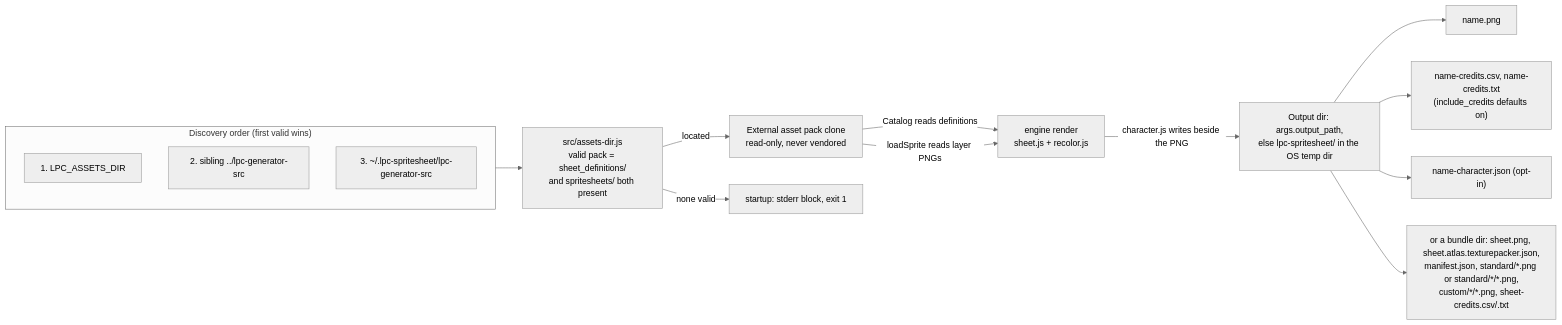
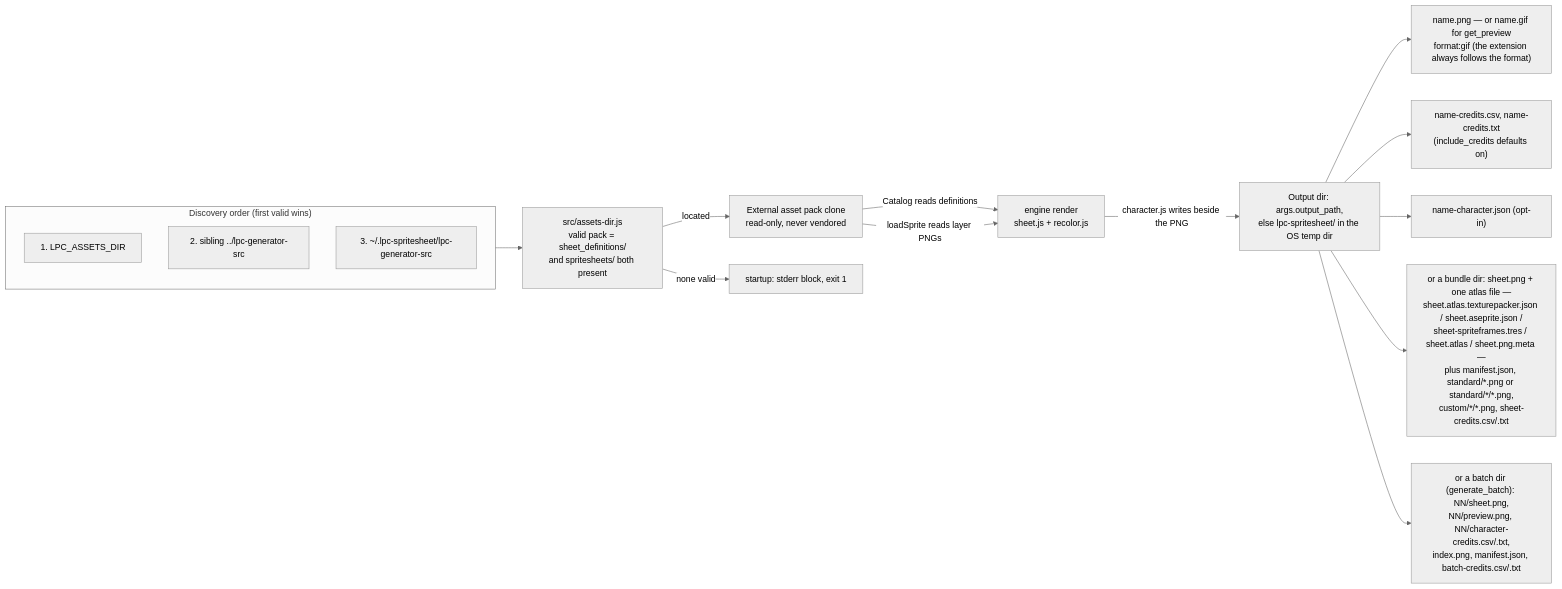
The third of 3 diagrams in docs/ARCHITECTURE.md (kanishka-namdeo/lpc-spritesheet-mcp), drawn with Mermaid before and after one commit. The commit also changed other lines of this file and 32 other files, not shown here.

````diff
--- a/docs/ARCHITECTURE.md
+++ b/docs/ARCHITECTURE.md
@@ -227,26 +307,27 @@
 ```mermaid
 %%{init: {"theme": "neutral"}}%%
 flowchart LR
   accTitle: Asset pack discovery and rendered artifacts
-  accDescr: Three candidate locations are ranked by assets-dir and the first one holding both sheet definitions and spritesheets wins, the engine reads that pack read-only, and each render writes a PNG plus attribution files beside it.
+  accDescr: Three candidate locations are ranked by assets-dir and the first one holding both sheet definitions and spritesheets wins, the engine reads that pack read-only, and each render writes a PNG (or GIF preview) plus attribution files beside it.
 
   subgraph CAND["Discovery order (first valid wins)"]
     E1["1. LPC_ASSETS_DIR"]
     E2["2. sibling ../lpc-generator-src"]
     E3["3. ~/.lpc-spritesheet/lpc-generator-src"]
   end
   ADIR["src/assets-dir.js<br/>valid pack = sheet_definitions/<br/>and spritesheets/ both present"]
   EXT["External asset pack clone<br/>read-only, never vendored"]
   OUTD["Output dir: args.output_path,<br/>else lpc-spritesheet/ in the OS temp dir"]
 
   CAND --> ADIR
   ADIR -->|none valid| FAIL["startup: stderr block, exit 1"]
   ADIR -->|located| EXT
   EXT -->|Catalog reads definitions| ENG["engine render<br/>sheet.js + recolor.js"]
   EXT -->|loadSprite reads layer PNGs| ENG
   ENG -->|character.js writes beside the PNG| OUTD
-  OUTD --> PNG["name.png"]
+  OUTD --> PNG["name.png — or name.gif for get_preview<br/>format:gif (the extension always follows the format)"]
   OUTD --> CRT["name-credits.csv, name-credits.txt<br/>(include_credits defaults on)"]
   OUTD --> CHJ["name-character.json (opt-in)"]
-  OUTD --> BUNDLE["or a bundle dir: sheet.png, sheet.atlas.texturepacker.json,<br/>manifest.json, standard/*.png or standard/*/*.png,<br/>custom/*/*.png, sheet-credits.csv/.txt"]
+  OUTD --> BUNDLE["or a bundle dir: sheet.png + one atlas file —<br/>sheet.atlas.texturepacker.json / sheet.aseprite.json /<br/>sheet-spriteframes.tres / sheet.atlas / sheet.png.meta —<br/>plus manifest.json, standard/*.png or standard/*/*.png,<br/>custom/*/*.png, sheet-credits.csv/.txt"]
+  OUTD --> BATCH["or a batch dir (generate_batch): NN/sheet.png,<br/>NN/preview.png, NN/character-credits.csv/.txt,<br/>index.png, manifest.json, batch-credits.csv/.txt"]
 ```
````
